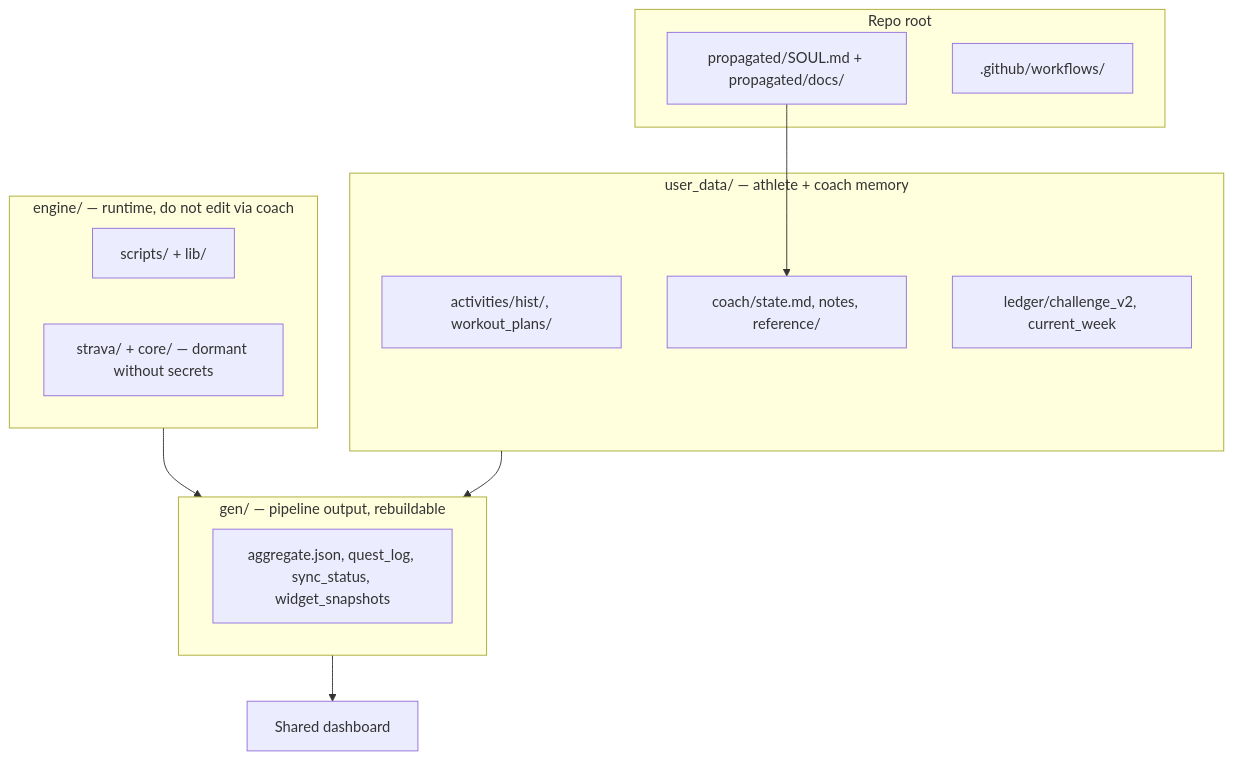
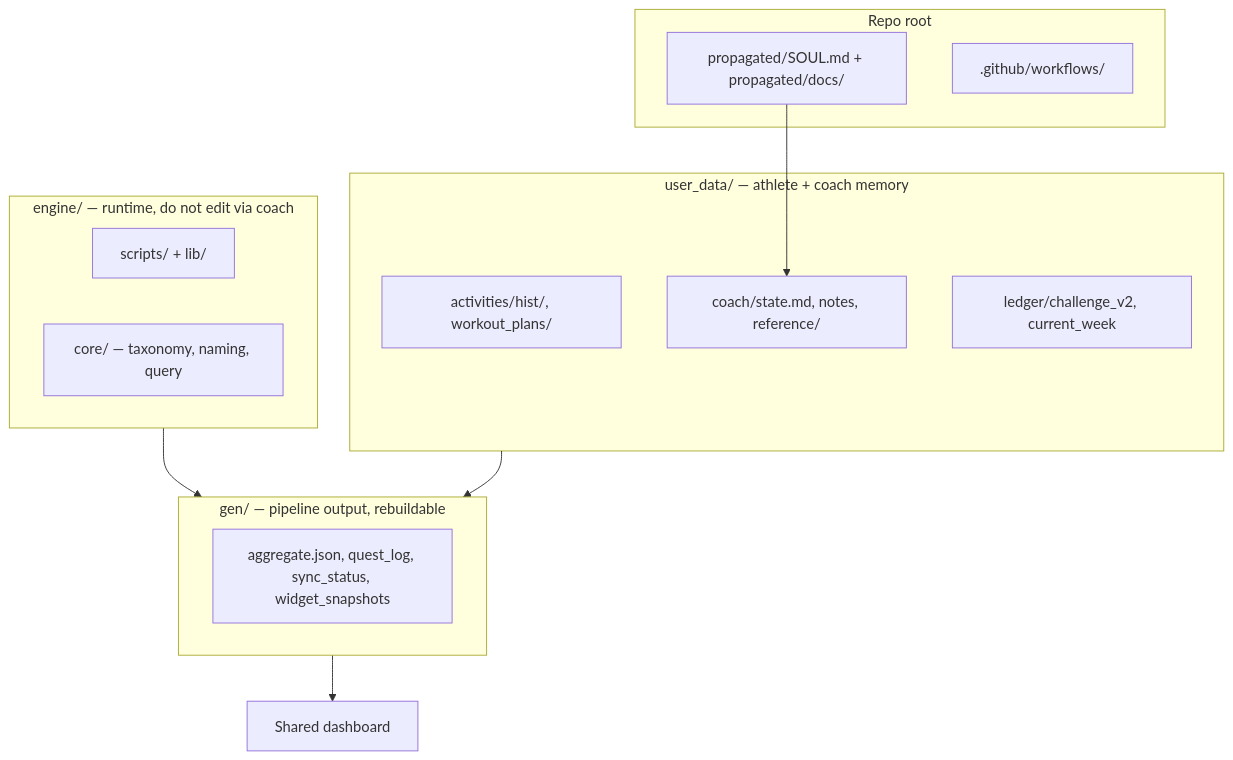
The first of 2 diagrams in docs/skeleton-layout.md (sibling-shipyard/coach-hq), drawn with Mermaid before and after one commit. The commit also changed other lines of this file and 16 other files, not shown here.

First line of the commit message:
chore: relocate query_history.py/rename_core.py to engine/core (#113)

````diff
--- a/docs/skeleton-layout.md
+++ b/docs/skeleton-layout.md
@@ -17,23 +25,23 @@
 ```mermaid
 flowchart TB
   subgraph root["Repo root"]
     soul["propagated/SOUL.md + propagated/docs/"]
     gh[".github/workflows/"]
   end
   subgraph engine["engine/ — runtime, do not edit via coach"]
     scripts["scripts/ + lib/"]
-    strava["strava/ + core/ — dormant without secrets"]
+    core["core/ — taxonomy, naming, query"]
   end
   subgraph gen["gen/ — pipeline output, rebuildable"]
     agg["aggregate.json, quest_log, sync_status, widget_snapshots"]
   end
   subgraph ud["user_data/ — athlete + coach memory"]
     act["activities/hist/, workout_plans/"]
     coach["coach/state.md, notes, reference/"]
     ledger["ledger/challenge_v2, current_week"]
   end
   soul --> coach
   engine --> gen
   ud --> gen
   gen --> dash["Shared dashboard"]
 ```
````
